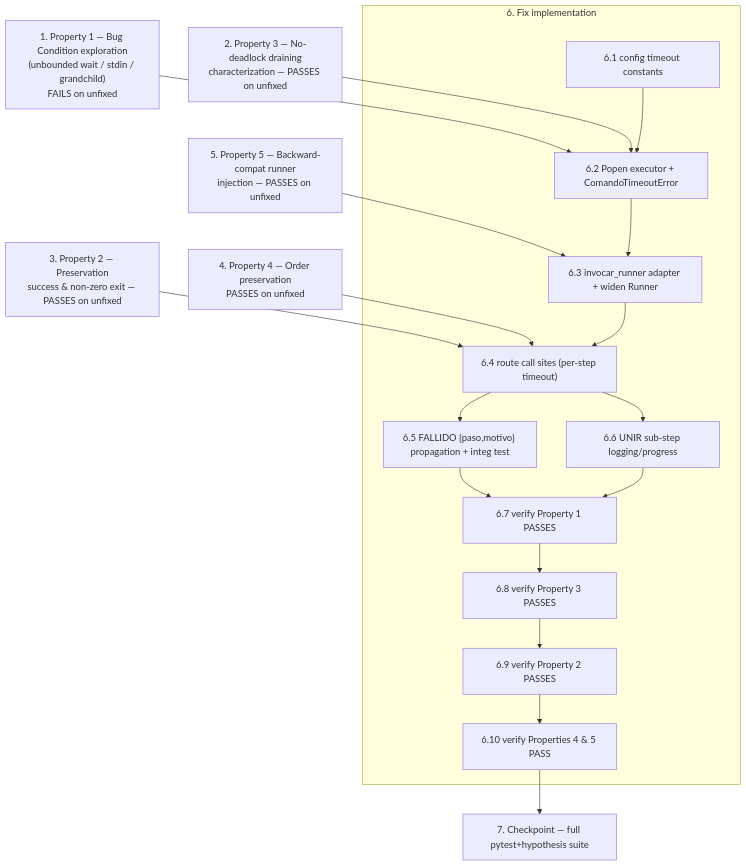
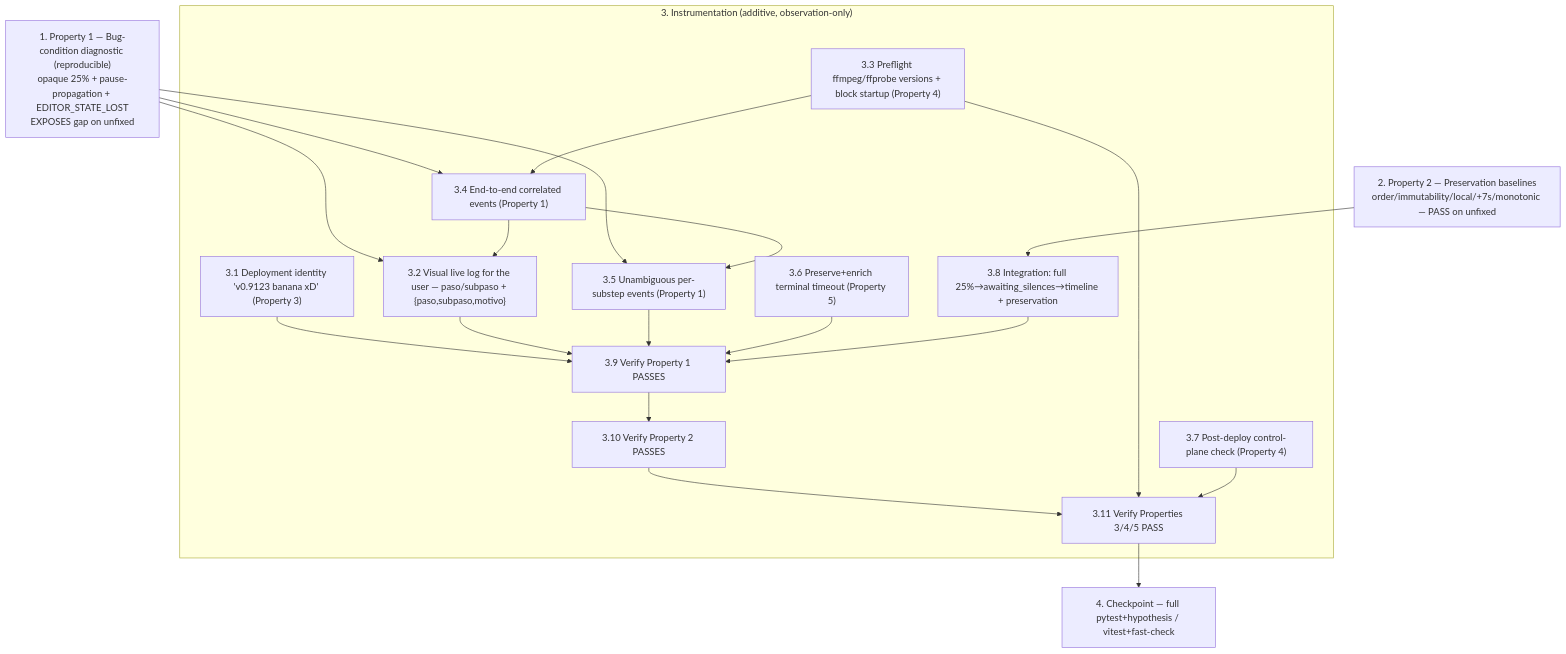
Before and after one commit to drasticcurl/videogeneradorxd: the diagram in .kiro/specs/unir-step-hang/tasks.md, drawn with Mermaid. The commit also changed other lines of this file and 42 other files, not shown here.

First line of the commit message:
Diagnostic-first instrumentation for UNIR/CORTAR_SILENCIOS 25% stall

````diff
--- a/.kiro/specs/unir-step-hang/tasks.md
+++ b/.kiro/specs/unir-step-hang/tasks.md
@@ -171,39 +160,38 @@
 ```mermaid
 graph TD
-    T1["1. Property 1 — Bug Condition exploration<br/>(unbounded wait / stdin / grandchild)<br/>FAILS on unfixed"]
-    T2["2. Property 3 — No-deadlock draining<br/>characterization — PASSES on unfixed"]
-    T3["3. Property 2 — Preservation<br/>success & non-zero exit — PASSES on unfixed"]
-    T4["4. Property 4 — Order preservation<br/>PASSES on unfixed"]
-    T5["5. Property 5 — Backward-compat runner<br/>injection — PASSES on unfixed"]
+    T1["1. Property 1 — Bug-condition diagnostic (reproducible)<br/>opaque 25% + pause-propagation + EDITOR_STATE_LOST<br/>EXPOSES gap on unfixed"]
+    T2["2. Property 2 — Preservation baselines<br/>order/immutability/local/+7s/monotonic — PASS on unfixed"]
 
-    subgraph FIX["6. Fix implementation"]
-        T61["6.1 config timeout constants"]
-        T62["6.2 Popen executor + ComandoTimeoutError"]
-        T63["6.3 invocar_runner adapter + widen Runner"]
-        T64["6.4 route call sites (per-step timeout)"]
-        T65["6.5 FALLIDO {paso,motivo} propagation + integ test"]
-        T66["6.6 UNIR sub-step logging/progress"]
-        T67["6.7 verify Property 1 PASSES"]
-        T68["6.8 verify Property 3 PASSES"]
-        T69["6.9 verify Property 2 PASSES"]
-        T610["6.10 verify Properties 4 & 5 PASS"]
+    subgraph FIX["3. Instrumentation (additive, observation-only)"]
+        T31["3.1 Deployment identity 'v0.9123 banana xD' (Property 3)"]
+        T32["3.2 Visual live log for the user — paso/subpaso + {paso,subpaso,motivo}"]
+        T33["3.3 Preflight ffmpeg/ffprobe versions + block startup (Property 4)"]
+        T34["3.4 End-to-end correlated events (Property 1)"]
+        T35["3.5 Unambiguous per-substep events (Property 1)"]
+        T36["3.6 Preserve+enrich terminal timeout (Property 5)"]
+        T37["3.7 Post-deploy control-plane check (Property 4)"]
+        T38["3.8 Integration: full 25%→awaiting_silences→timeline + preservation"]
+        T39["3.9 Verify Property 1 PASSES"]
+        T310["3.10 Verify Property 2 PASSES"]
+        T311["3.11 Verify Properties 3/4/5 PASS"]
     end
 
-    T7["7. Checkpoint — full pytest+hypothesis suite"]
+    T4["4. Checkpoint — full pytest+hypothesis / vitest+fast-check"]
 
-    T1 --> T62
-    T2 --> T62
-    T3 --> T64
-    T4 --> T64
-    T5 --> T63
+    T1 --> T34
+    T1 --> T35
+    T1 --> T32
+    T2 --> T38
 
-    T61 --> T62
-    T62 --> T63
-    T63 --> T64
-    T64 --> T65
-    T64 --> T66
-
-    T65 --> T67
-    T66 --> T67
-    T67 --> T68 --> T69 --> T610 --> T7
+    T34 --> T35
+    T34 --> T32
+    T33 --> T34
+    T31 --> T39
+    T32 --> T39
+    T35 --> T39
+    T36 --> T39
+    T38 --> T39
+    T39 --> T310 --> T311 --> T4
+    T33 --> T311
+    T37 --> T311
 ```
````
